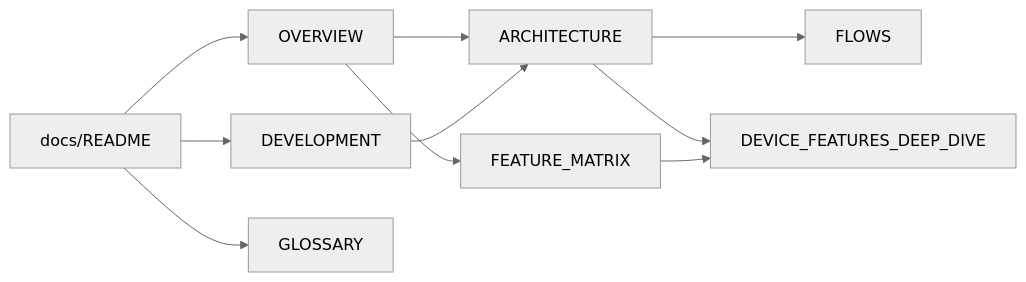
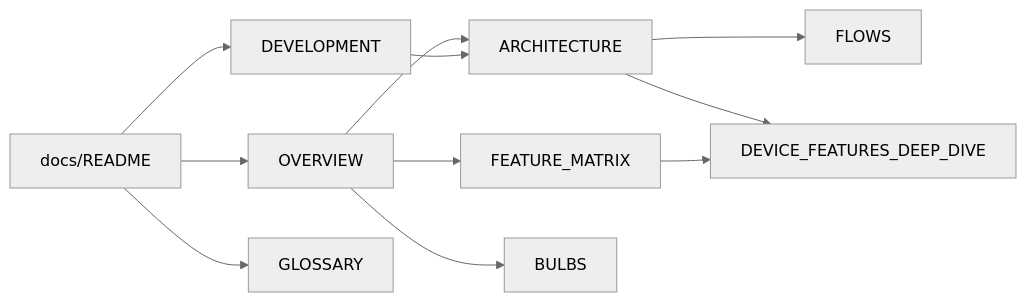
One commit to jillesmc/avell-storm-rgb-control changed the diagram in docs/README.md. Above: the diagram before and after it, drawn with Mermaid (neutral theme). The commit also changed other lines of this file and 108 other files, not shown here.

````diff
--- a/docs/README.md
+++ b/docs/README.md
@@ -35,12 +36,13 @@
 ```mermaid
 flowchart LR
     idx[docs/README] --> ov[OVERVIEW]
     ov --> arch[ARCHITECTURE]
     ov --> fm[FEATURE_MATRIX]
     arch --> flows[FLOWS]
     arch --> deep[DEVICE_FEATURES_DEEP_DIVE]
     fm --> deep
     idx --> dev[DEVELOPMENT]
     dev --> arch
     idx --> glo[GLOSSARY]
+    ov --> bulbs[BULBS]
 ```
````
